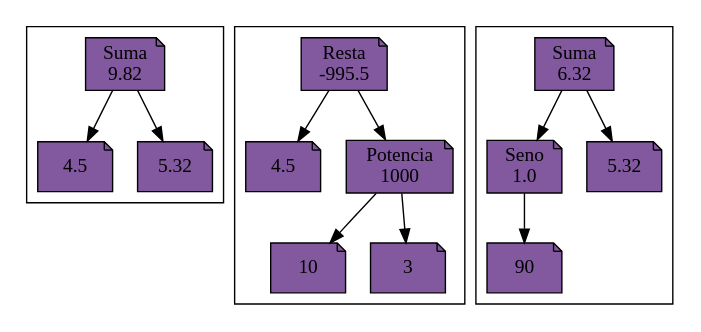
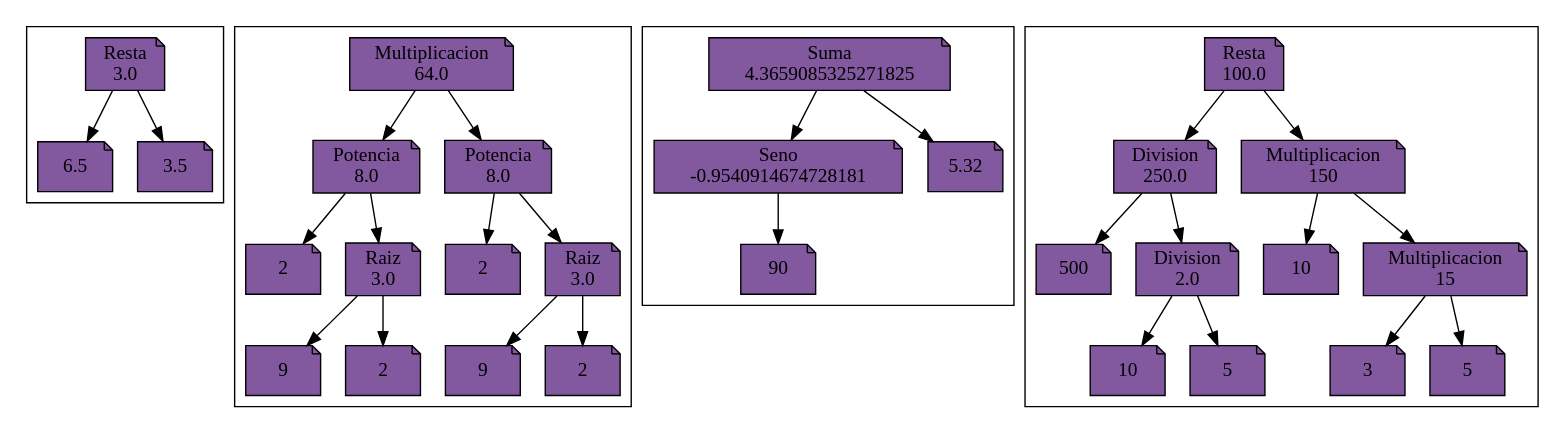
The diagram in Proyecto1.dot (LuisAntoniokh/-LFP-Proyecto1_202109750), drawn with Graphviz before and after one commit. The commit also changed 9 other files, not shown here.

```diff
--- a/Proyecto1.dot
+++ b/Proyecto1.dot
@@ -1,27 +1,61 @@
 digraph G {
             charset="utf-8";
 subgraph cluster0 { 
-n00 [ shape=note, style=filled, fillcolor="#82589F", label="Suma\n9.82"]; 
-n10 [ shape=note, style=filled, fillcolor="#82589F", label="4.5"]; 
+n00 [ shape=note, style=filled, fillcolor="#82589F", label="Resta\n3.0"]; 
+n10 [ shape=note, style=filled, fillcolor="#82589F", label="6.5"]; 
 n00 -> n10
-n20 [ shape=note, style=filled, fillcolor="#82589F", label="5.32"]; 
+n20 [ shape=note, style=filled, fillcolor="#82589F", label="3.5"]; 
 n00 -> n20
 }subgraph cluster1 { 
-n31 [ shape=note, style=filled, fillcolor="#82589F", label="Resta\n-995.5"]; 
-n41 [ shape=note, style=filled, fillcolor="#82589F", label="4.5"]; 
+n31 [ shape=note, style=filled, fillcolor="#82589F", label="Multiplicacion\n64.0"]; 
+n41 [ shape=note, style=filled, fillcolor="#82589F", label="Potencia\n8.0"]; 
+n51 [ shape=note, style=filled, fillcolor="#82589F", label="2"]; 
+n41 -> n51
+n61 [ shape=note, style=filled, fillcolor="#82589F", label="Raiz\n3.0"]; 
+n71 [ shape=note, style=filled, fillcolor="#82589F", label="9"]; 
+n61 -> n71
+n81 [ shape=note, style=filled, fillcolor="#82589F", label="2"]; 
+n61 -> n81
+n41 -> n61
 n31 -> n41
-n51 [ shape=note, style=filled, fillcolor="#82589F", label="Potencia\n1000"]; 
-n61 [ shape=note, style=filled, fillcolor="#82589F", label="10"]; 
-n51 -> n61
-n71 [ shape=note, style=filled, fillcolor="#82589F", label="3"]; 
-n51 -> n71
-n31 -> n51
+n91 [ shape=note, style=filled, fillcolor="#82589F", label="Potencia\n8.0"]; 
+n101 [ shape=note, style=filled, fillcolor="#82589F", label="2"]; 
+n91 -> n101
+n111 [ shape=note, style=filled, fillcolor="#82589F", label="Raiz\n3.0"]; 
+n121 [ shape=note, style=filled, fillcolor="#82589F", label="9"]; 
+n111 -> n121
+n131 [ shape=note, style=filled, fillcolor="#82589F", label="2"]; 
+n111 -> n131
+n91 -> n111
+n31 -> n91
 }subgraph cluster2 { 
-n82 [ shape=note, style=filled, fillcolor="#82589F", label="Suma\n6.32"]; 
-n92 [ shape=note, style=filled, fillcolor="#82589F", label="Seno\n1.0"]; 
-n102 [ shape=note, style=filled, fillcolor="#82589F", label="90"]; 
-n92 -> n102
-n82 -> n92
-n112 [ shape=note, style=filled, fillcolor="#82589F", label="5.32"]; 
-n82 -> n112
+n142 [ shape=note, style=filled, fillcolor="#82589F", label="Suma\n4.3659085325271825"]; 
+n152 [ shape=note, style=filled, fillcolor="#82589F", label="Seno\n-0.9540914674728181"]; 
+n162 [ shape=note, style=filled, fillcolor="#82589F", label="90"]; 
+n152 -> n162
+n142 -> n152
+n172 [ shape=note, style=filled, fillcolor="#82589F", label="5.32"]; 
+n142 -> n172
+}subgraph cluster3 { 
+n183 [ shape=note, style=filled, fillcolor="#82589F", label="Resta\n100.0"]; 
+n193 [ shape=note, style=filled, fillcolor="#82589F", label="Division\n250.0"]; 
+n203 [ shape=note, style=filled, fillcolor="#82589F", label="500"]; 
+n193 -> n203
+n213 [ shape=note, style=filled, fillcolor="#82589F", label="Division\n2.0"]; 
+n223 [ shape=note, style=filled, fillcolor="#82589F", label="10"]; 
+n213 -> n223
+n233 [ shape=note, style=filled, fillcolor="#82589F", label="5"]; 
+n213 -> n233
+n193 -> n213
+n183 -> n193
+n243 [ shape=note, style=filled, fillcolor="#82589F", label="Multiplicacion\n150"]; 
+n253 [ shape=note, style=filled, fillcolor="#82589F", label="10"]; 
+n243 -> n253
+n263 [ shape=note, style=filled, fillcolor="#82589F", label="Multiplicacion\n15"]; 
+n273 [ shape=note, style=filled, fillcolor="#82589F", label="3"]; 
+n263 -> n273
+n283 [ shape=note, style=filled, fillcolor="#82589F", label="5"]; 
+n263 -> n283
+n243 -> n263
+n183 -> n243
 }}
```
